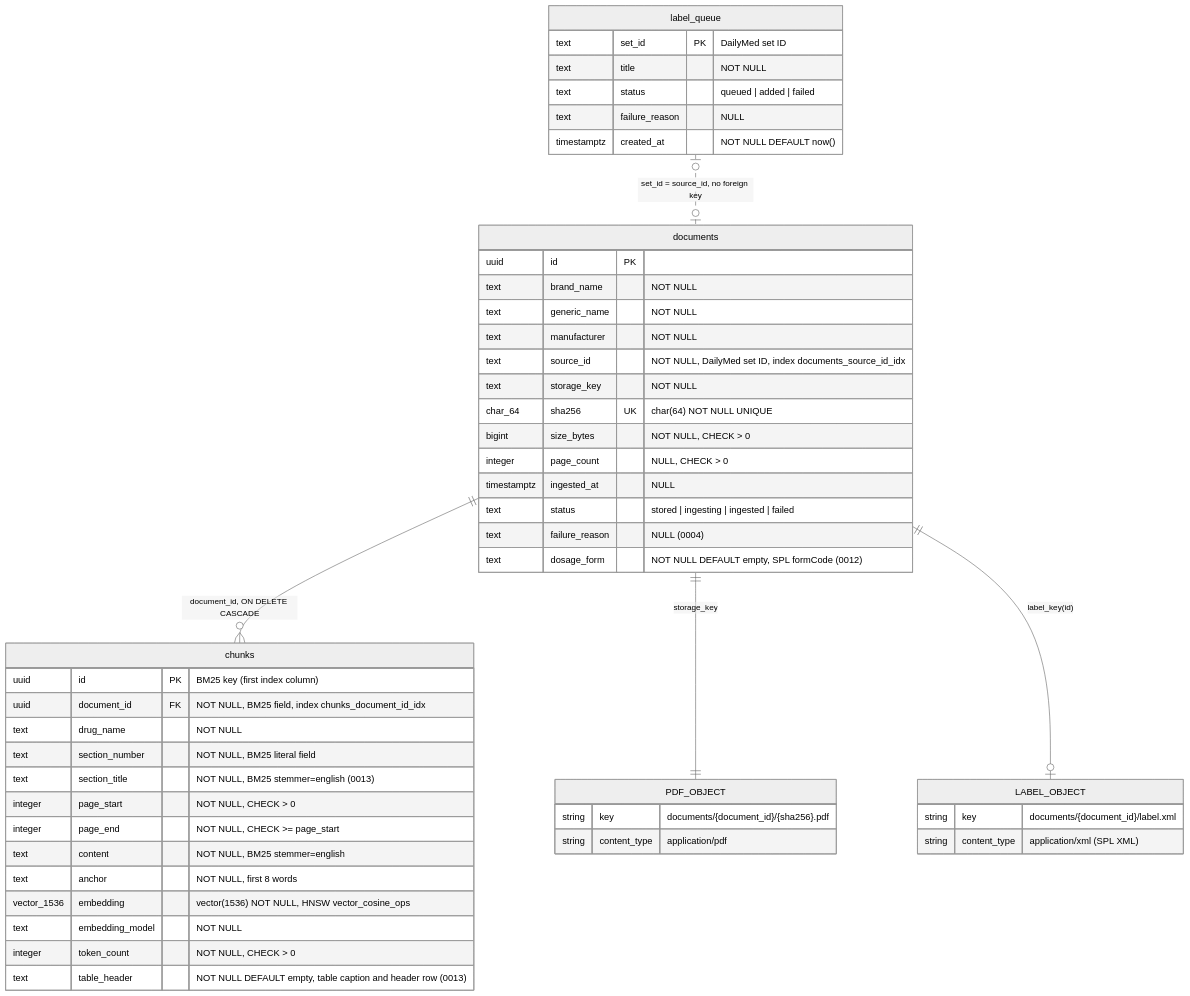
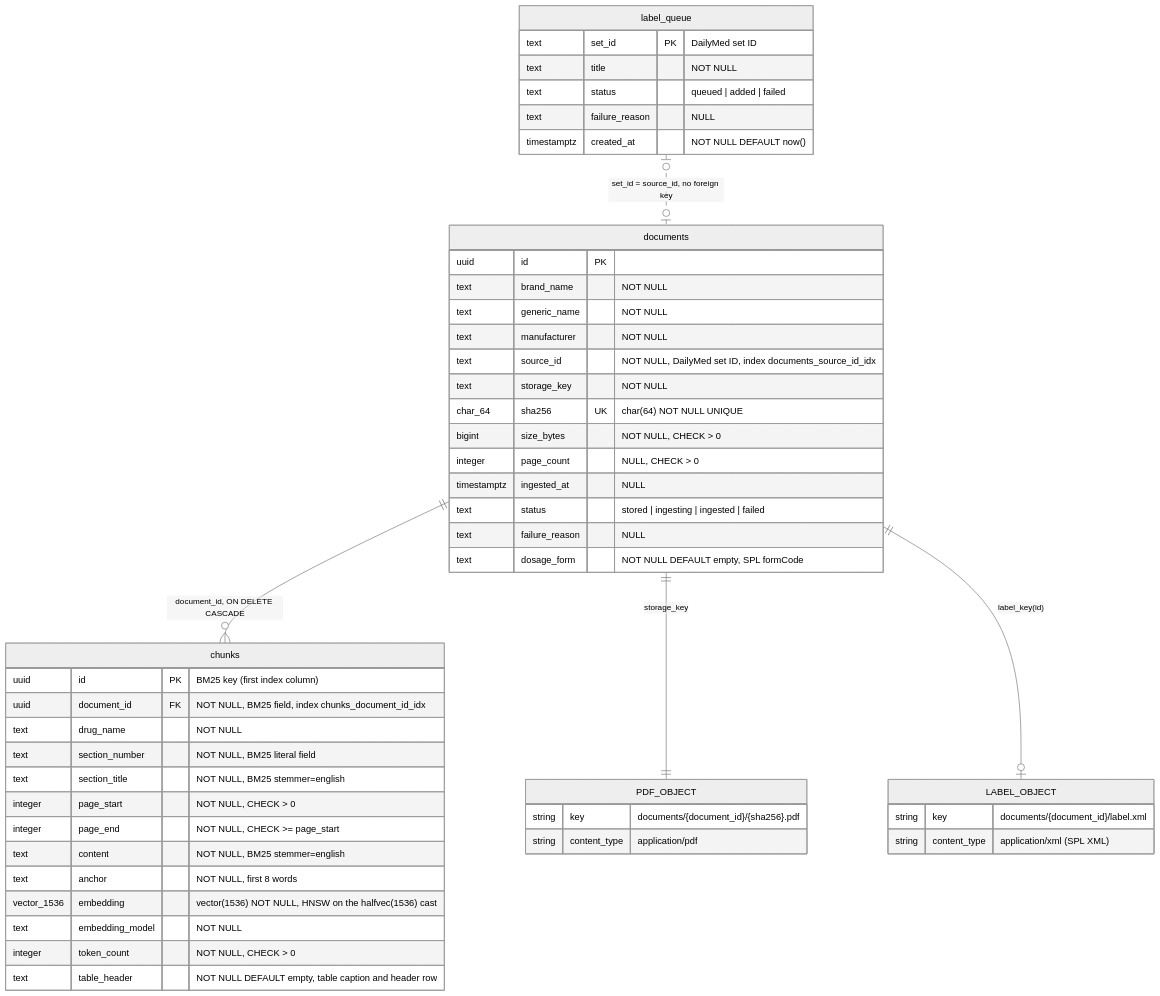
One commit to G-MAKROGLOU/docuchat changed the first of 2 diagrams in docs/diagrams/erd.md. Above: the diagram before and after it, drawn with Mermaid (neutral theme). The commit also changed other lines of this file and 15 other files, not shown here.

Commit message:
refactor(db): collapse the migrations into one schema file

````diff
--- a/docs/diagrams/erd.md
+++ b/docs/diagrams/erd.md
@@ -7,57 +7,57 @@
 ```mermaid
 erDiagram
     documents ||--o{ chunks : "document_id, ON DELETE CASCADE"
     documents ||--|| PDF_OBJECT : "storage_key"
     documents ||--o| LABEL_OBJECT : "label_key(id)"
     label_queue |o..o| documents : "set_id = source_id, no foreign key"
 
     documents {
         uuid id PK
         text brand_name "NOT NULL"
         text generic_name "NOT NULL"
         text manufacturer "NOT NULL"
         text source_id "NOT NULL, DailyMed set ID, index documents_source_id_idx"
         text storage_key "NOT NULL"
         char_64 sha256 UK "char(64) NOT NULL UNIQUE"
         bigint size_bytes "NOT NULL, CHECK > 0"
         integer page_count "NULL, CHECK > 0"
         timestamptz ingested_at "NULL"
         text status "stored | ingesting | ingested | failed"
-        text failure_reason "NULL (0004)"
-        text dosage_form "NOT NULL DEFAULT empty, SPL formCode (0012)"
+        text failure_reason "NULL"
+        text dosage_form "NOT NULL DEFAULT empty, SPL formCode"
     }
 
     chunks {
         uuid id PK "BM25 key (first index column)"
         uuid document_id FK "NOT NULL, BM25 field, index chunks_document_id_idx"
         text drug_name "NOT NULL"
         text section_number "NOT NULL, BM25 literal field"
-        text section_title "NOT NULL, BM25 stemmer=english (0013)"
+        text section_title "NOT NULL, BM25 stemmer=english"
         integer page_start "NOT NULL, CHECK > 0"
         integer page_end "NOT NULL, CHECK >= page_start"
         text content "NOT NULL, BM25 stemmer=english"
         text anchor "NOT NULL, first 8 words"
-        vector_1536 embedding "vector(1536) NOT NULL, HNSW vector_cosine_ops"
+        vector_1536 embedding "vector(1536) NOT NULL, HNSW on the halfvec(1536) cast"
         text embedding_model "NOT NULL"
         integer token_count "NOT NULL, CHECK > 0"
-        text table_header "NOT NULL DEFAULT empty, table caption and header row (0013)"
+        text table_header "NOT NULL DEFAULT empty, table caption and header row"
     }
 
     label_queue {
         text set_id PK "DailyMed set ID"
         text title "NOT NULL"
         text status "queued | added | failed"
         text failure_reason "NULL"
         timestamptz created_at "NOT NULL DEFAULT now()"
     }
 
     PDF_OBJECT {
         string key "documents/{document_id}/{sha256}.pdf"
         string content_type "application/pdf"
     }
 
     LABEL_OBJECT {
         string key "documents/{document_id}/label.xml"
         string content_type "application/xml (SPL XML)"
     }
 ```
````
